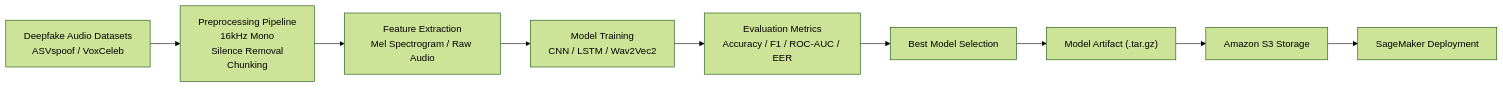
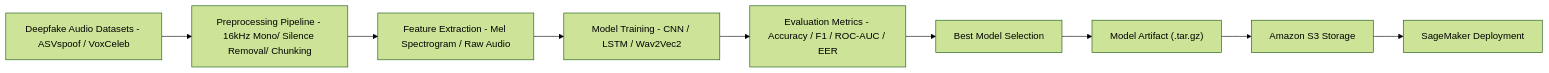
One commit to ChrisKelleher1947/ChrisKelleher1947.github.io changed the second of 2 diagrams in ProjectArchitecture.md. Above: the diagram before and after it, drawn with Mermaid (forest theme). The commit also changed other lines of this file, not shown here.

Commit message:
Refine labels in ProjectArchitecture.md diagrams

````diff
--- a/ProjectArchitecture.md
+++ b/ProjectArchitecture.md
@@ -48,22 +48,22 @@
 ```mermaid
 flowchart LR
 
-    A["Deepfake Audio Datasets\nASVspoof / VoxCeleb"]
-    B["Preprocessing Pipeline\n16kHz Mono\nSilence Removal\nChunking"]
-    C["Feature Extraction\nMel Spectrogram / Raw Audio"]
-    D["Model Training\nCNN / LSTM / Wav2Vec2"]
-    E["Evaluation Metrics\nAccuracy / F1 / ROC-AUC / EER"]
+    A["Deepfake Audio Datasets - ASVspoof / VoxCeleb"]
+    B["Preprocessing Pipeline - 16kHz Mono/ Silence Removal/ Chunking"]
+    C["Feature Extraction - Mel Spectrogram / Raw Audio"]
+    D["Model Training - CNN / LSTM / Wav2Vec2"]
+    E["Evaluation Metrics - Accuracy / F1 / ROC-AUC / EER"]
     F["Best Model Selection"]
     G["Model Artifact (.tar.gz)"]
     H["Amazon S3 Storage"]
     I["SageMaker Deployment"]
 
     A --> B
     B --> C
     C --> D
     D --> E
     E --> F
     F --> G
     G --> H
     H --> I
 ```
````
